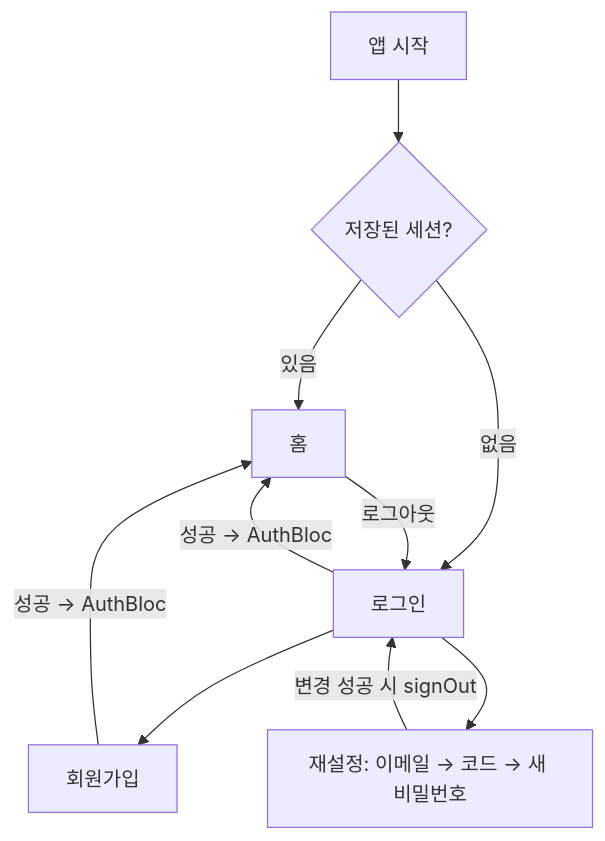
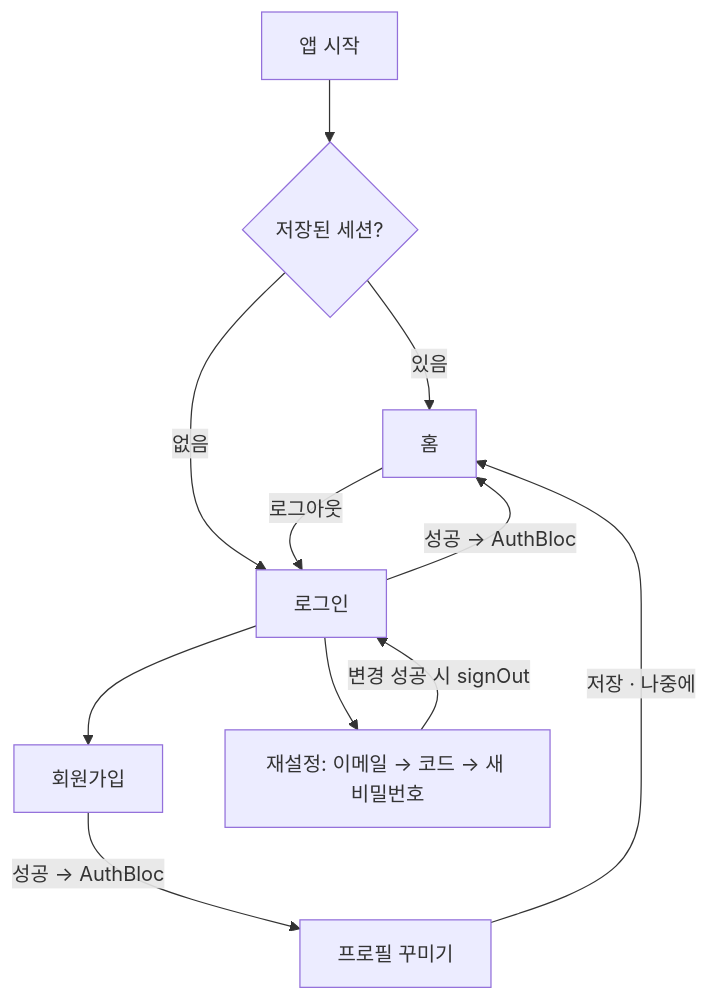
Before and after one commit to karma951221/flutter_apps: the diagram in docs/features/auth/plan.md, drawn with Mermaid. The commit also changed other lines of this file and 17 other files, not shown here.

````diff
--- a/docs/features/auth/plan.md
+++ b/docs/features/auth/plan.md
@@ -46,11 +51,11 @@
 ```mermaid
 flowchart TD
     S[앱 시작] --> R{저장된 세션?}
     R -- 있음 --> H[홈]
     R -- 없음 --> L[로그인]
-    L --> SU[회원가입] -->|성공 → AuthBloc| H
+    L --> SU[회원가입] -->|성공 → AuthBloc| PS[프로필 꾸미기] -->|저장 · 나중에| H
     L -->|성공 → AuthBloc| H
     L --> PR[재설정: 이메일 → 코드 → 새 비밀번호]
     PR -->|변경 성공 시 signOut| L
     H -->|로그아웃| L
 ```
````
